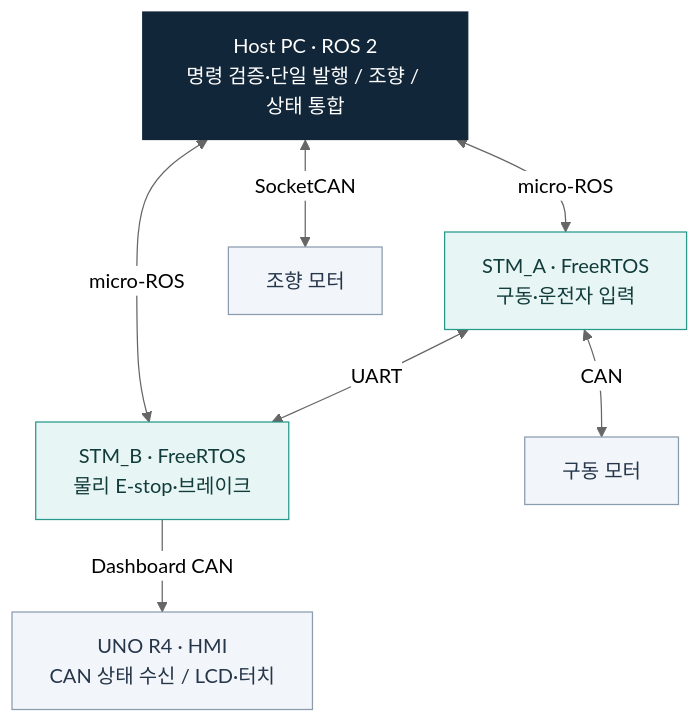
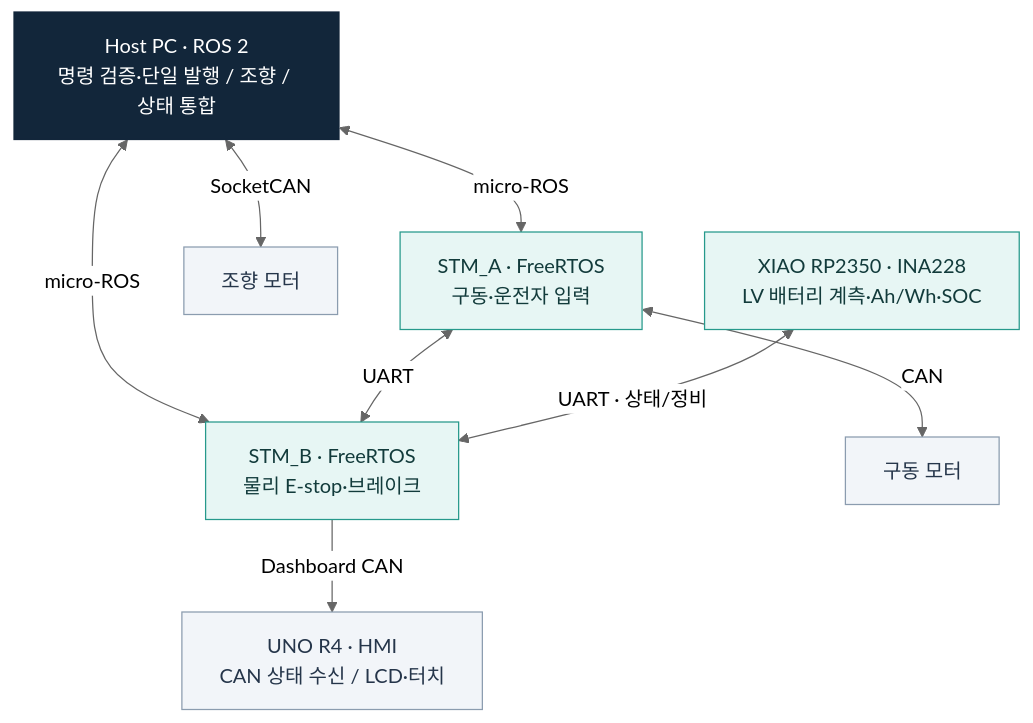
One commit to shinjuyeop/shinjuyeop changed the diagram in README.md. Above: the diagram before and after it, drawn with Mermaid (neutral theme). The commit also changed other lines of this file, not shown here.

````diff
--- a/README.md
+++ b/README.md
@@ -15,21 +15,23 @@
 ```mermaid
 flowchart TB
     HOST["Host PC · ROS 2<br/>명령 검증·단일 발행 / 조향 / 상태 통합"]
     A["STM_A · FreeRTOS<br/>구동·운전자 입력"]
     B["STM_B · FreeRTOS<br/>물리 E-stop·브레이크"]
     MOTOR["구동 모터"]
     STEER["조향 모터"]
     HMI["UNO R4 · HMI<br/>CAN 상태 수신 / LCD·터치"]
+    GAUGE["XIAO RP2350 · INA228<br/>LV 배터리 계측·Ah/Wh·SOC"]
     HOST <-->|micro-ROS| A
     HOST <-->|micro-ROS| B
     A <-->|UART| B
     A <-->|CAN| MOTOR
     HOST <-->|SocketCAN| STEER
     B -->|Dashboard CAN| HMI
+    GAUGE <-->|UART · 상태/정비| B
     classDef host fill:#12263a,color:#ffffff,stroke:#12263a
     classDef mcu fill:#e7f6f4,color:#123b3b,stroke:#26998b
     classDef peripheral fill:#f2f5f9,color:#25354a,stroke:#8b9caf
     class HOST host
-    class A,B mcu
+    class A,B,GAUGE mcu
     class MOTOR,STEER,HMI peripheral
 ```
````
